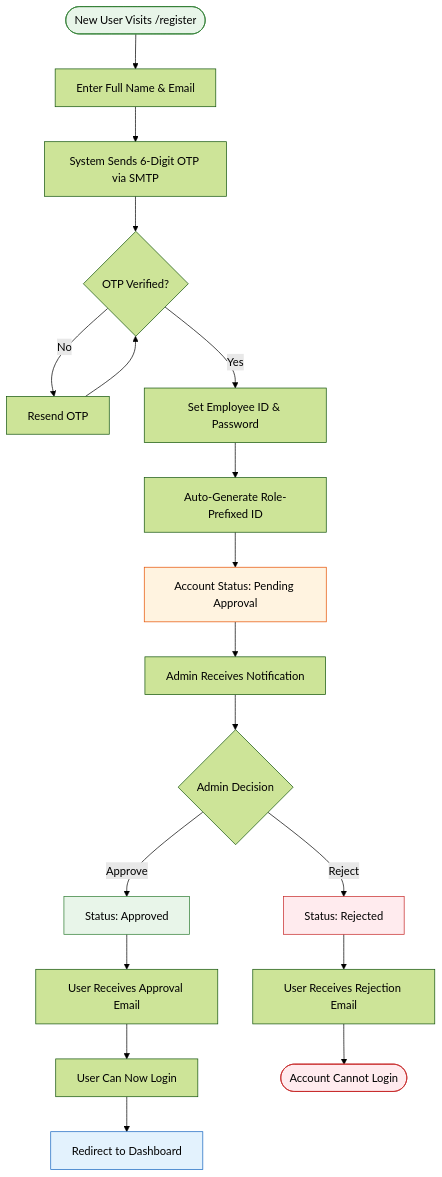
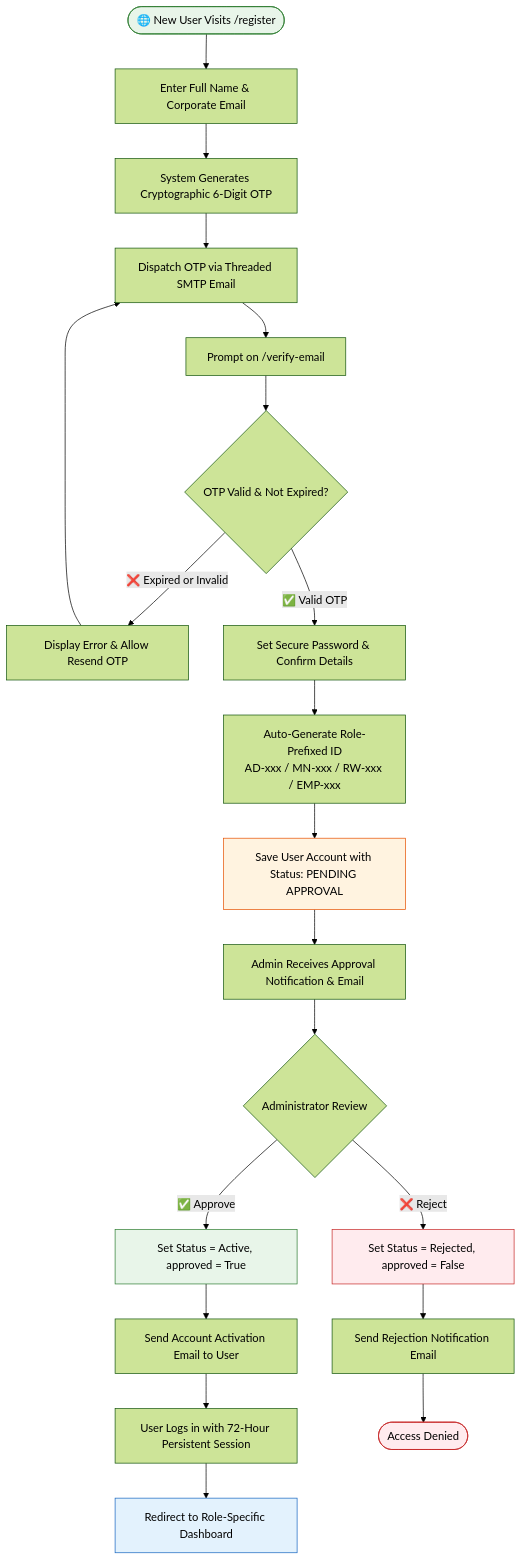
The fourth of 4 diagrams in README.md (KoppalaNaveen/expertdecision), drawn with Mermaid (forest theme) before and after one commit. The commit also changed other lines of this file and 26 other files, not shown here.

````diff
--- a/README.md
+++ b/README.md
@@ -308,27 +367,35 @@
 ```mermaid
 flowchart TD
-    Start([New User Visits /register]) --> EnterInfo[Enter Full Name & Email]
-    EnterInfo --> SendOTP[System Sends 6-Digit OTP via SMTP]
-    SendOTP --> VerifyOTP{OTP Verified?}
-    VerifyOTP -->|No| RetryOTP[Resend OTP]
-    RetryOTP --> VerifyOTP
-    VerifyOTP -->|Yes| SetCreds[Set Employee ID & Password]
-    SetCreds --> AutoGenID[Auto-Generate Role-Prefixed ID]
-    AutoGenID --> Pending[Account Status: Pending Approval]
-    Pending --> AdminNotif[Admin Receives Notification]
-    AdminNotif --> AdminReview{Admin Decision}
-    AdminReview -->|Approve| Approved[Status: Approved]
-    AdminReview -->|Reject| Rejected[Status: Rejected]
-    Approved --> EmailNotif[User Receives Approval Email]
-    EmailNotif --> Login[User Can Now Login]
-    Rejected --> RejectedNotif[User Receives Rejection Email]
-    RejectedNotif --> End([Account Cannot Login])
-    Login --> Dashboard[Redirect to Dashboard]
+    Start([🌐 New User Visits /register]) --> InputDetails[Enter Full Name & Corporate Email]
+    InputDetails --> GenerateOTP[System Generates Cryptographic 6-Digit OTP]
+    GenerateOTP --> SendSMTP[Dispatch OTP via Threaded SMTP Email]
+    SendSMTP --> VerifyScreen[Prompt on /verify-email]
+    
+    VerifyScreen --> VerifyCheck{OTP Valid & Not Expired?}
+    VerifyCheck -->|❌ Expired or Invalid| RetryOTP[Display Error & Allow Resend OTP]
+    RetryOTP --> SendSMTP
+    
+    VerifyCheck -->|✅ Valid OTP| SetPassword[Set Secure Password & Confirm Details]
+    SetPassword --> GenerateID[Auto-Generate Role-Prefixed ID<br/>AD-xxx / MN-xxx / RW-xxx / EMP-xxx]
+    GenerateID --> CreatePending[Save User Account with Status: PENDING APPROVAL]
+    
+    CreatePending --> NotifyAdmin[Admin Receives Approval Notification & Email]
+    NotifyAdmin --> AdminDecision{Administrator Review}
+    
+    AdminDecision -->|✅ Approve| ApproveUser[Set Status = Active, approved = True]
+    AdminDecision -->|❌ Reject| RejectUser[Set Status = Rejected, approved = False]
+    
+    ApproveUser --> SendApprovalEmail[Send Account Activation Email to User]
+    SendApprovalEmail --> LoginReady[User Logs in with 72-Hour Persistent Session]
+    LoginReady --> Dashboard[Redirect to Role-Specific Dashboard]
+    
+    RejectUser --> SendRejectionEmail[Send Rejection Notification Email]
+    SendRejectionEmail --> DeniedEnd([Access Denied])
 
     style Start fill:#e8f5e9,stroke:#2e7d32
     style Dashboard fill:#e3f2fd,stroke:#1565c0
-    style End fill:#ffebee,stroke:#c62828
-    style Pending fill:#fff3e0,stroke:#e65100
-    style Approved fill:#e8f5e9,stroke:#2e7d32
-    style Rejected fill:#ffebee,stroke:#c62828
+    style DeniedEnd fill:#ffebee,stroke:#c62828
+    style CreatePending fill:#fff3e0,stroke:#e65100
+    style ApproveUser fill:#e8f5e9,stroke:#2e7d32
+    style RejectUser fill:#ffebee,stroke:#c62828
 ```
````
